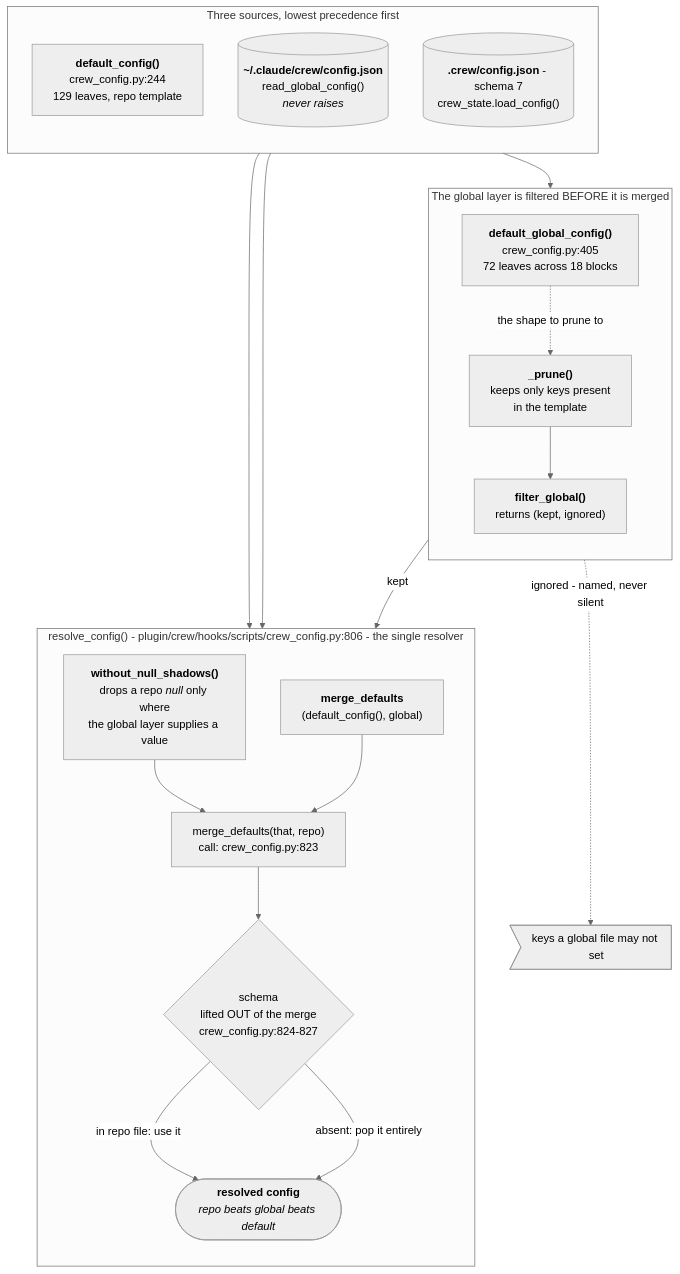
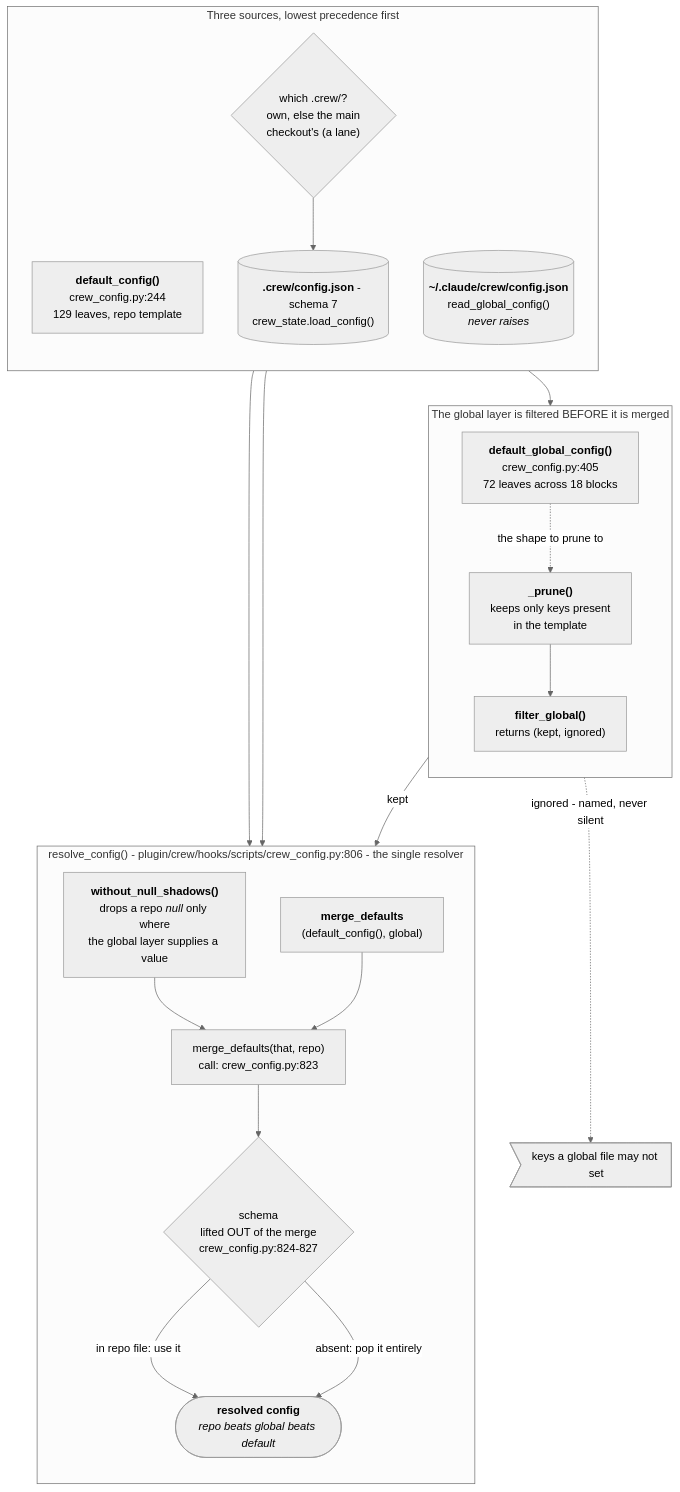
The diagram in docs/diagrams/data-flow-crew-config-read.mmd (mbadali25/useful-claude-add-ons), drawn with Mermaid (neutral theme) before and after one commit. The commit also changed 20 other files, not shown here.

First line of the commit message:
T-0096: docs, verify rule, code map, diagrams; ticket folder removed (ships as code and CHANGELOG)

```diff
--- a/docs/diagrams/data-flow-crew-config-read.mmd
+++ b/docs/diagrams/data-flow-crew-config-read.mmd
@@ -1,67 +1,76 @@
 %% Generated from useful-claude-add-ons@452b30cc on 2026-10-02. Verify before trusting.
 %% Anchors: plugin/crew/hooks/scripts/crew_config.py, plugin/crew/hooks/scripts/crew_state.py, plugin/crew/hooks/scripts/crew_guards.py
 %% Purpose: The read side: the three config sources (built-in defaults, the machine file, the repo file), how the machine layer is pruned to its template before merging, and how resolve_config() merges them.
 %% Split from data-flow-crew-config.mmd (the overview); edges to other parts are drawn there.
+%% Re-drawn for T-0096 on 2026-10-04: the repo file's directory (REPO, RES), read at T-0096-build.
 %% Note DEF: default_config() plugin/crew/hooks/scripts/crew_config.py:245 <b>129 leaves</b> (executed, this
 %%    pass) composed from crew_state's PM_DEFAULTS :1108, QA_DEFAULTS :1160, DEV_DEFAULTS :1170,
 %%    WORKTREE_DEFAULTS :1198, CONTEXT_DEFAULTS :735, RESUME_DEFAULTS :698, AUTOPILOT_DEFAULTS :1097 -
 %%    repo-only (re-exported from crew_guards: INSTALL_DEFAULTS :48, GUARD_DEFAULTS :198, PRODUCTION_DEFAULTS
 %%    :222, CLOUD_DEFAULTS :239 - repo-only, ENVIRONMENTS_DEFAULTS :251 - nonProd repo-only), and
 %%    crew_upgrade's GRAPH_BLOCK :48 / DOCS_BLOCK :107 / BITBUCKET_BLOCK :150 / GITHUB_BLOCK :173 /
 %%    CHANGE_BLOCK :203
 %% Note GLB: ~/.claude/crew/config.json read_global_config() plugin/crew/hooks/scripts/crew_config.py:753
 %%    <i>never raises</i> - absent, malformed or non-object all return {}, because this is reached from a
 %%    SessionStart hook
 %% Note REPO: .crew/config.json - schema 7 crew_state.load_config()
 %%    plugin/crew/hooks/scripts/crew_state.py:267 NOT the same file crew_context.py reads first - see the
 %%    TwoFiles section below
+%% Note RES: which .crew/ the repo file is read from. Python: crew_common.repo_config_dir
+%%    plugin/crew/hooks/scripts/crew_common.py:96 (T-0088). bash: crew_repo_config_dir
+%%    plugin/crew/hooks/scripts/_common.sh:328; PowerShell: Get-CrewRepoConfigDir, one body copied into
+%%    cloud-guard.ps1:192, promote-gate.ps1:142, auto-clear.ps1:126 (T-0096). Own config.json or crew.json
+%%    wins whole; else a linked worktree reads the main checkout's; unknown (git cannot tell) inherits
+%%    nothing. Still own-file only: the session hooks, the verify gate, the scope and completion wrappers.
 %% Note TMPL: default_global_config() plugin/crew/hooks/scripts/crew_config.py:422 <b>72 leaves</b> (executed,
 %%    this pass) across <b>18 blocks</b>: qa, dev, worktree, secondOpinion, memory (2 of 5 repo leaves),
 %%    notify, pm, context.autoClear (8 of 9 - unsafeFocus is excluded, see AutoClear below), resume, docs,
 %%    bitbucket, github, install, guards (all TEN names), environments (prodUnattended only), change, route,
 %%    shellRoute - the single definition both rules below are enforced against
 %% Note PRUNE: _prune() plugin/crew/hooks/scripts/crew_config.py:685 keeps only keys present in the template.
 %%    Descends structurally, so naming a block grants only the leaves under it.
 %% Note FILT: filter_global() plugin/crew/hooks/scripts/crew_config.py:711 returns (kept, ignored)
 %% Note NULLS: without_null_shadows() plugin/crew/hooks/scripts/crew_config.py:662 drops a repo <i>null</i>
 %%    ONLY where the global layer supplies a real value.
 %% Note M1: merge_defaults(default_config(), global) call: crew_config.py:822 def: plugin/crew/hooks/scripts/crew_state.py:1348
 %% Note OUT: resolved config <i>repo beats global beats default</i> this is ONLY .crew/config.json's
 %%    precedence - autoClear's own read path bypasses it, below
 flowchart TB
 
     subgraph Sources["Three sources, lowest precedence first"]
         direction TB
         DEF["<b>default_config()</b><br/>crew_config.py:244<br/>129 leaves, repo template"]
         GLB[("<b>~/.claude/crew/config.json</b><br/>read_global_config()<br/><i>never raises</i>")]
+        RES{"which .crew/?<br/>own, else the main<br/>checkout's (a lane)"}
         REPO[("<b>.crew/config.json</b> - schema 7<br/>crew_state.load_config()")]
     end
 
     subgraph Gate["The global layer is filtered BEFORE it is merged"]
         direction TB
         TMPL["<b>default_global_config()</b><br/>crew_config.py:405<br/>72 leaves across 18 blocks"]
         PRUNE["<b>_prune()</b><br/>keeps only keys present<br/>in the template"]
         FILT["<b>filter_global()</b><br/>returns (kept, ignored)"]
     end
 
     subgraph Merge["resolve_config() - plugin/crew/hooks/scripts/crew_config.py:806 - the single resolver"]
         direction TB
         NULLS["<b>without_null_shadows()</b><br/>drops a repo <i>null</i> only where<br/>the global layer supplies a value"]
         M1["<b>merge_defaults</b><br/>(default_config(), global)"]
         M2["merge_defaults(that, repo)<br/>call: crew_config.py:823"]
         SCHEMA{"schema<br/>lifted OUT of the merge<br/>crew_config.py:824-827"}
         OUT(["<b>resolved config</b><br/><i>repo beats global beats default</i>"])
     end
 
     DEF --> M1
     GLB --> FILT
     TMPL -.->|"the shape to prune to"| PRUNE
     PRUNE --> FILT
     FILT -->|kept| M1
     FILT -.->|"ignored - named, never silent"| IGN>"keys a global file may not set"]
+    RES --> REPO
     REPO --> NULLS
     NULLS --> M2
     M1 --> M2
     M2 --> SCHEMA
     SCHEMA -->|"in repo file: use it"| OUT
     SCHEMA -->|"absent: pop it entirely"| OUT
```
